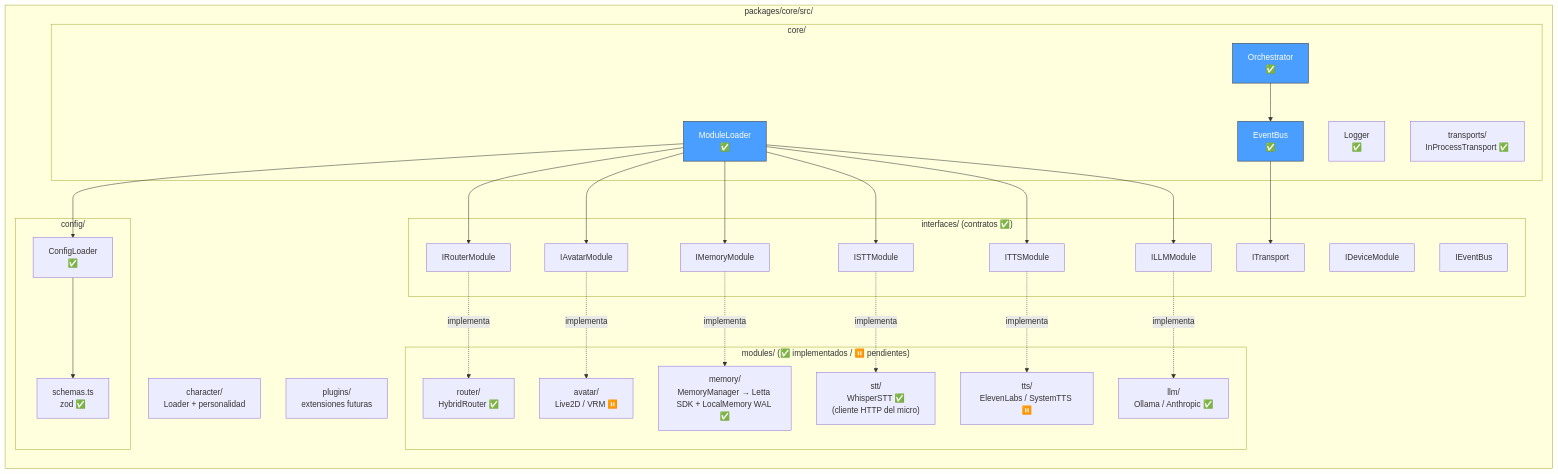
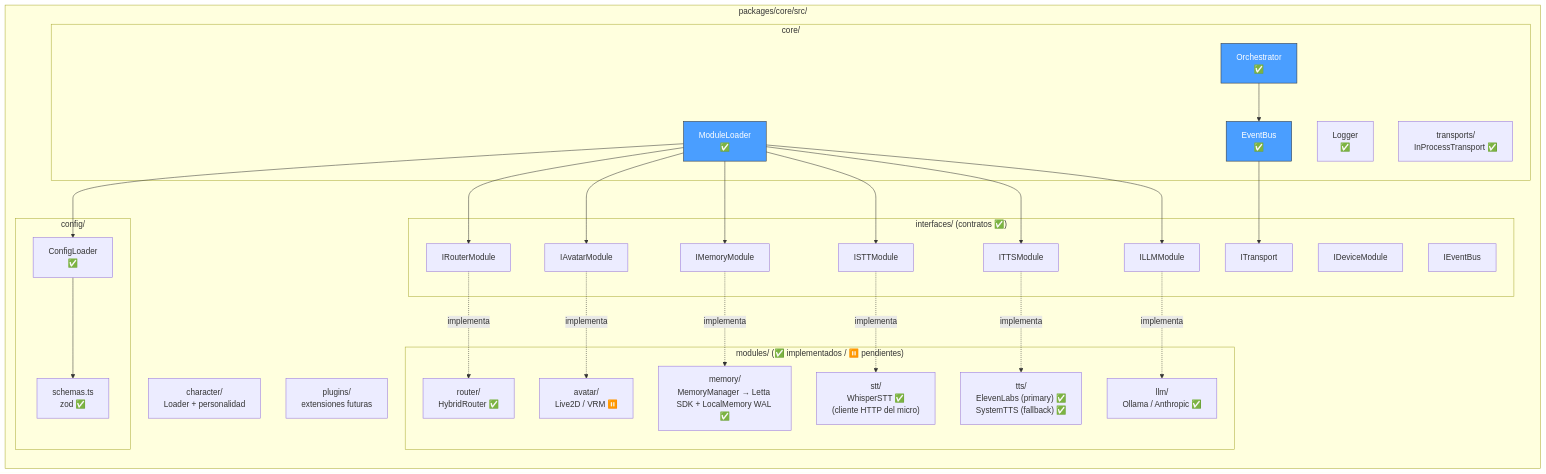
Before and after one commit to Pipelol0723/proyecto-shiro: the second of 7 diagrams in docs/architecture.md, drawn with Mermaid. The commit also changed other lines of this file and 3 other files, not shown here.

First line of the commit message:
docs: cierre del hito TTS en README + architecture + CLAUDE + plan

````diff
--- a/docs/architecture.md
+++ b/docs/architecture.md
@@ -68,65 +68,65 @@
 ```mermaid
 graph LR
     subgraph "packages/core/src/"
         subgraph "core/"
             EventBus[EventBus<br>✅]
             Orchestrator[Orchestrator<br>✅]
             ModuleLoader[ModuleLoader<br>✅]
             Logger[Logger<br>✅]
             Transports[transports/<br>InProcessTransport ✅]
         end
 
         subgraph "config/"
             Schemas[schemas.ts<br>zod ✅]
             ConfigLoader[ConfigLoader<br>✅]
         end
 
         subgraph "interfaces/ (contratos ✅)"
             ILLM[ILLMModule]
             ITTS[ITTSModule]
             ISTT[ISTTModule]
             IMem[IMemoryModule]
             IAv[IAvatarModule]
             IRou[IRouterModule]
             IDev[IDeviceModule]
             ITrans[ITransport]
             IBus[IEventBus]
         end
 
         subgraph "modules/ (✅ implementados / ⏸️ pendientes)"
             STT["stt/<br>WhisperSTT ✅<br>(cliente HTTP del micro)"]
-            TTS[tts/<br>ElevenLabs / SystemTTS ⏸️]
+            TTS["tts/<br>ElevenLabs (primary) ✅<br>SystemTTS (fallback) ✅"]
             LLM[llm/<br>Ollama / Anthropic ✅]
             Mem[memory/<br>MemoryManager → Letta SDK + LocalMemory WAL ✅]
             Av[avatar/<br>Live2D / VRM ⏸️]
             Rou[router/<br>HybridRouter ✅]
         end
 
         Character[character/<br>Loader + personalidad]
         Plugins[plugins/<br>extensiones futuras]
     end
 
     ModuleLoader --> ILLM
     ModuleLoader --> ITTS
     ModuleLoader --> ISTT
     ModuleLoader --> IMem
     ModuleLoader --> IAv
     ModuleLoader --> IRou
 
     ConfigLoader --> Schemas
     ModuleLoader --> ConfigLoader
 
     ILLM -.implementa.-> LLM
     ITTS -.implementa.-> TTS
     ISTT -.implementa.-> STT
     IMem -.implementa.-> Mem
     IAv -.implementa.-> Av
     IRou -.implementa.-> Rou
 
     Orchestrator --> EventBus
     EventBus --> ITrans
 
     style EventBus fill:#4a9eff,stroke:#333,color:#fff
     style Orchestrator fill:#4a9eff,stroke:#333,color:#fff
     style ModuleLoader fill:#4a9eff,stroke:#333,color:#fff
 ```
````
